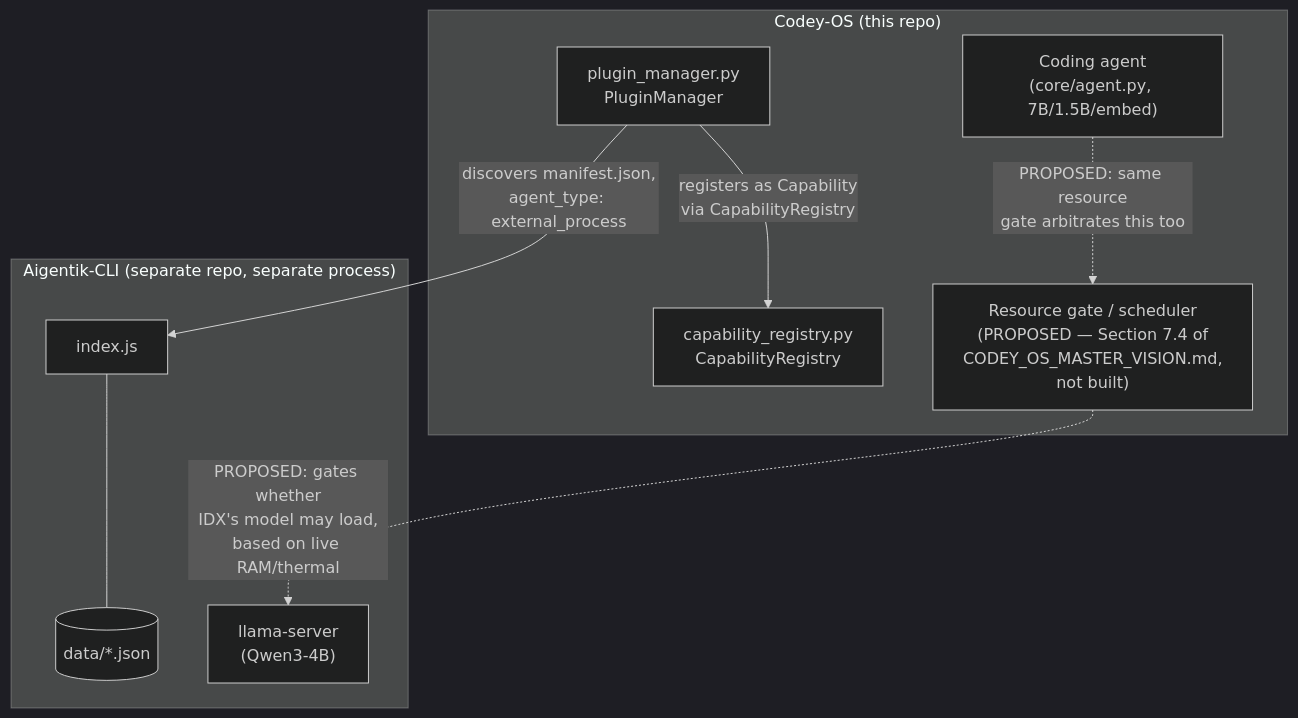
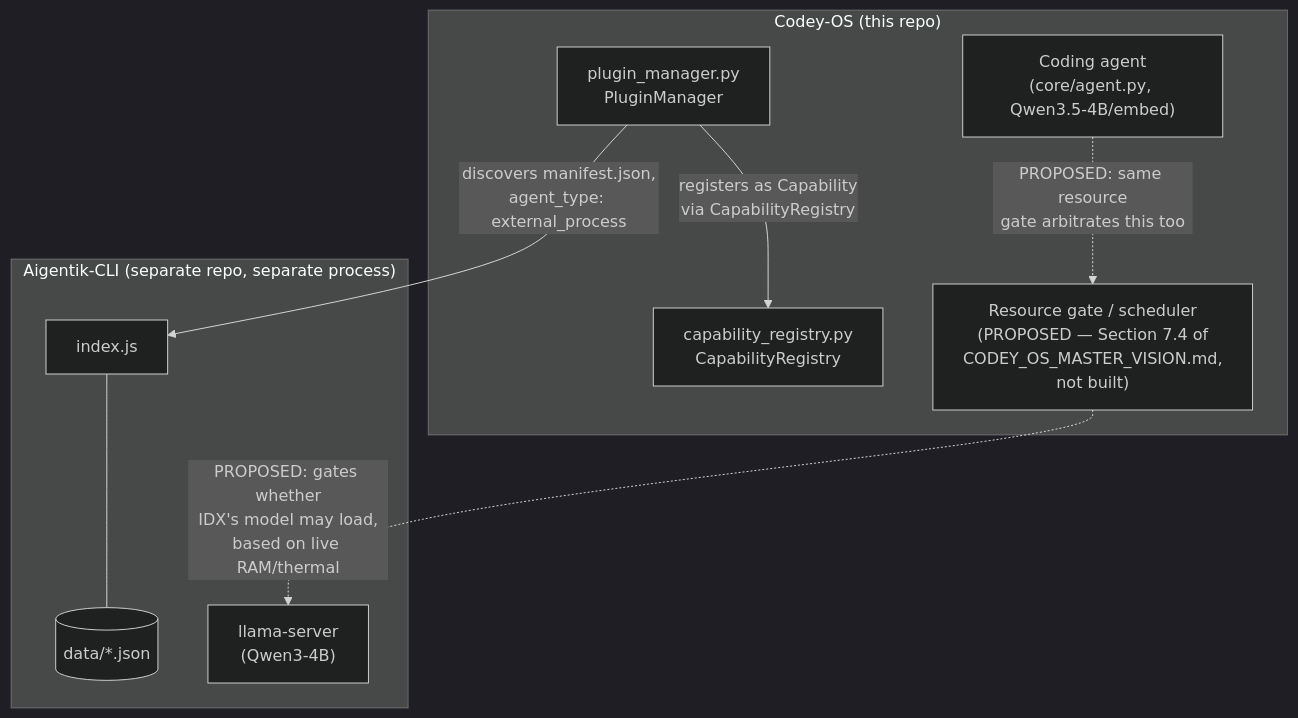
One commit to Ishabdullah/Codey-OS changed the diagram in docs/agent-plugin-blueprint.md. Above: the diagram before and after it, drawn with Mermaid (dark theme). The commit also changed other lines of this file and 23 other files, not shown here.

````diff
--- a/docs/agent-plugin-blueprint.md
+++ b/docs/agent-plugin-blueprint.md
@@ -220,21 +220,21 @@
 ```mermaid
 flowchart TB
     subgraph codeyos["Codey-OS (this repo)"]
         CR["capability_registry.py\nCapabilityRegistry"]
         PM["plugin_manager.py\nPluginManager"]
         RG["Resource gate / scheduler\n(PROPOSED — Section 7.4 of\nCODEY_OS_MASTER_VISION.md,\nnot built)"]
-        CODING["Coding agent\n(core/agent.py, 7B/1.5B/embed)"]
+        CODING["Coding agent\n(core/agent.py, Qwen3.5-4B/embed)"]
     end
 
     subgraph aigentik["Aigentik-CLI (separate repo, separate process)"]
         IDX["index.js"]
         LS["llama-server\n(Qwen3-4B)"]
         DATA[("data/*.json")]
     end
 
     PM -- "discovers manifest.json,\nagent_type: external_process" --> IDX
     PM -- "registers as Capability\nvia CapabilityRegistry" --> CR
     RG -. "PROPOSED: gates whether\nIDX's model may load,\nbased on live RAM/thermal" .-> LS
     IDX --- DATA
     CODING -. "PROPOSED: same resource\ngate arbitrates this too" .-> RG
 ```
````
